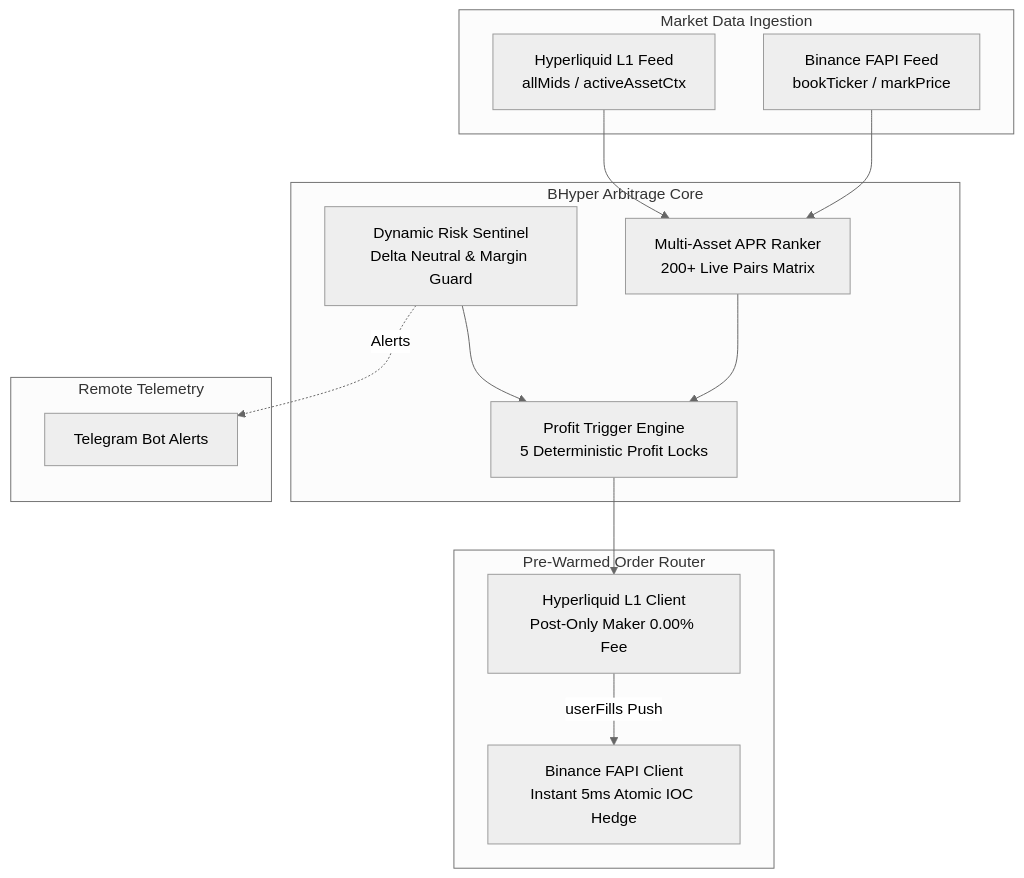
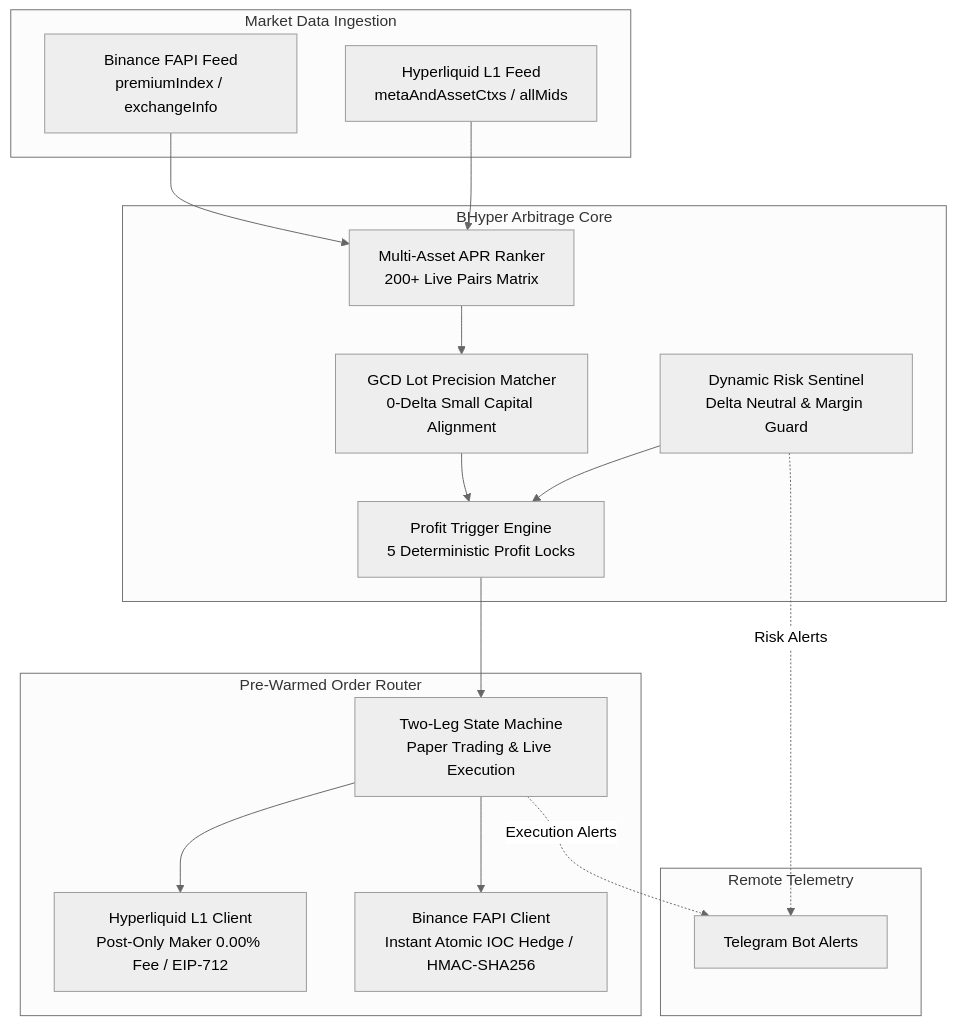
The diagram in README.md (d3intran/bhyper), drawn with Mermaid (neutral theme) before and after one commit. The commit also changed other lines of this file and 17 other files, not shown here.

Commit message:
feat: complete Hyperliquid L1 EIP-712 signing, GCD precision matcher, two-leg execution engine & safety guards

````diff
--- a/README.md
+++ b/README.md
@@ -32,30 +33,35 @@
 ```mermaid
 flowchart TB
     subgraph Ingestion [Market Data Ingestion]
-        BN_WS[Binance FAPI Feed<br/>bookTicker / markPrice]
-        HL_WS[Hyperliquid L1 Feed<br/>allMids / activeAssetCtx]
+        BN_WS[Binance FAPI Feed<br/>premiumIndex / exchangeInfo]
+        HL_WS[Hyperliquid L1 Feed<br/>metaAndAssetCtxs / allMids]
     end
 
     subgraph Core [BHyper Arbitrage Core]
         Ranker[Multi-Asset APR Ranker<br/>200+ Live Pairs Matrix]
+        PrecisionMatcher[GCD Lot Precision Matcher<br/>0-Delta Small Capital Alignment]
         TriggerEngine[Profit Trigger Engine<br/>5 Deterministic Profit Locks]
         RiskSentinel[Dynamic Risk Sentinel<br/>Delta Neutral & Margin Guard]
     end
 
     subgraph Execution [Pre-Warmed Order Router]
-        HL_Maker[Hyperliquid L1 Client<br/>Post-Only Maker 0.00% Fee]
-        BN_Taker[Binance FAPI Client<br/>Instant 5ms Atomic IOC Hedge]
+        HL_Maker[Hyperliquid L1 Client<br/>Post-Only Maker 0.00% Fee / EIP-712]
+        BN_Taker[Binance FAPI Client<br/>Instant Atomic IOC Hedge / HMAC-SHA256]
+        TwoLegExecutor[Two-Leg State Machine<br/>Paper Trading & Live Execution]
     end
 
     subgraph Alerts [Remote Telemetry]
         TG[Telegram Bot Alerts]
     end
 
     BN_WS --> Ranker
     HL_WS --> Ranker
-    Ranker --> TriggerEngine
+    Ranker --> PrecisionMatcher
+    PrecisionMatcher --> TriggerEngine
     RiskSentinel --> TriggerEngine
-    TriggerEngine --> HL_Maker
-    HL_Maker -->|userFills Push| BN_Taker
-    RiskSentinel -.->|Alerts| TG
+    TriggerEngine --> TwoLegExecutor
+    TwoLegExecutor --> HL_Maker
+    TwoLegExecutor --> BN_Taker
+    TwoLegExecutor -.->|Execution Alerts| TG
+    RiskSentinel -.->|Risk Alerts| TG
 ```
````
